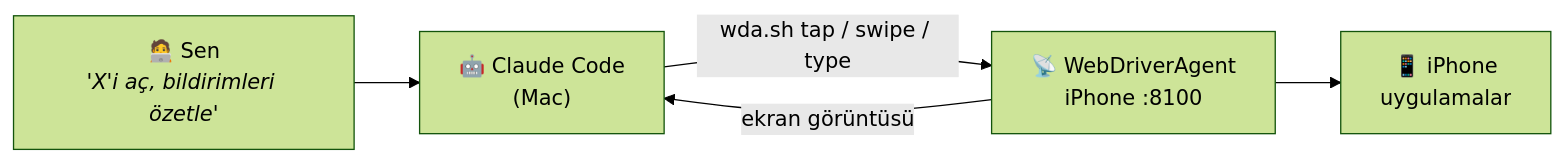
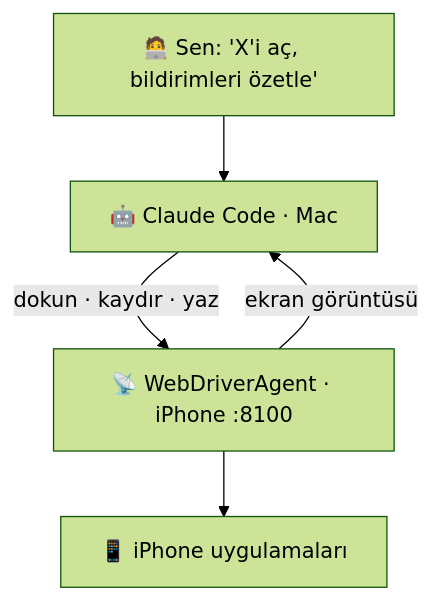
The diagram in README.md (tuncasoftbildik/iphone-claude-code), drawn with Mermaid (forest theme) before and after one commit. The commit also changed other lines of this file, not shown here.

Commit message:
README: şema dikey, tablo başlıkları

````diff
--- a/README.md
+++ b/README.md
@@ -42,7 +42,7 @@
 ```mermaid
-flowchart LR
-    A["🧑‍💻 Sen<br/><i>'X'i aç, bildirimleri özetle'</i>"] --> B["🤖 Claude Code<br/>(Mac)"]
-    B -- "wda.sh tap / swipe / type" --> C["📡 WebDriverAgent<br/>iPhone :8100"]
-    C -- "ekran görüntüsü" --> B
-    C --> D["📱 iPhone<br/>uygulamalar"]
+flowchart TB
+    A["🧑‍💻 Sen: 'X'i aç, bildirimleri özetle'"] --> B["🤖 Claude Code · Mac"]
+    B -->|"dokun · kaydır · yaz"| C["📡 WebDriverAgent · iPhone :8100"]
+    C -->|"ekran görüntüsü"| B
+    C --> D["📱 iPhone uygulamaları"]
 ```
````
